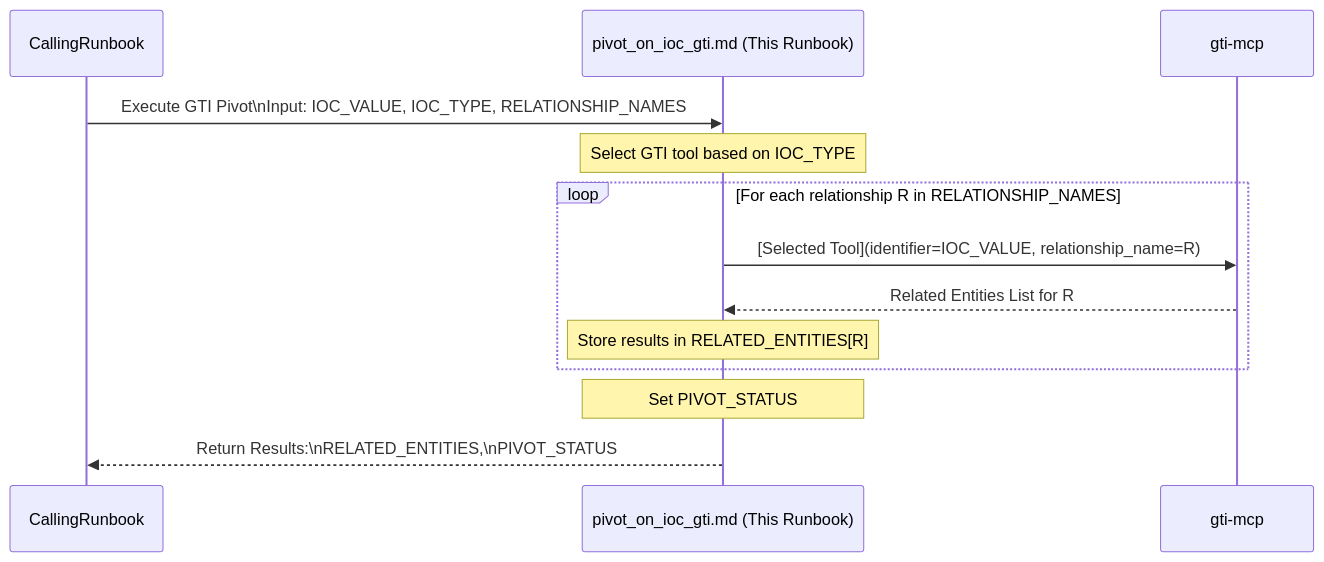
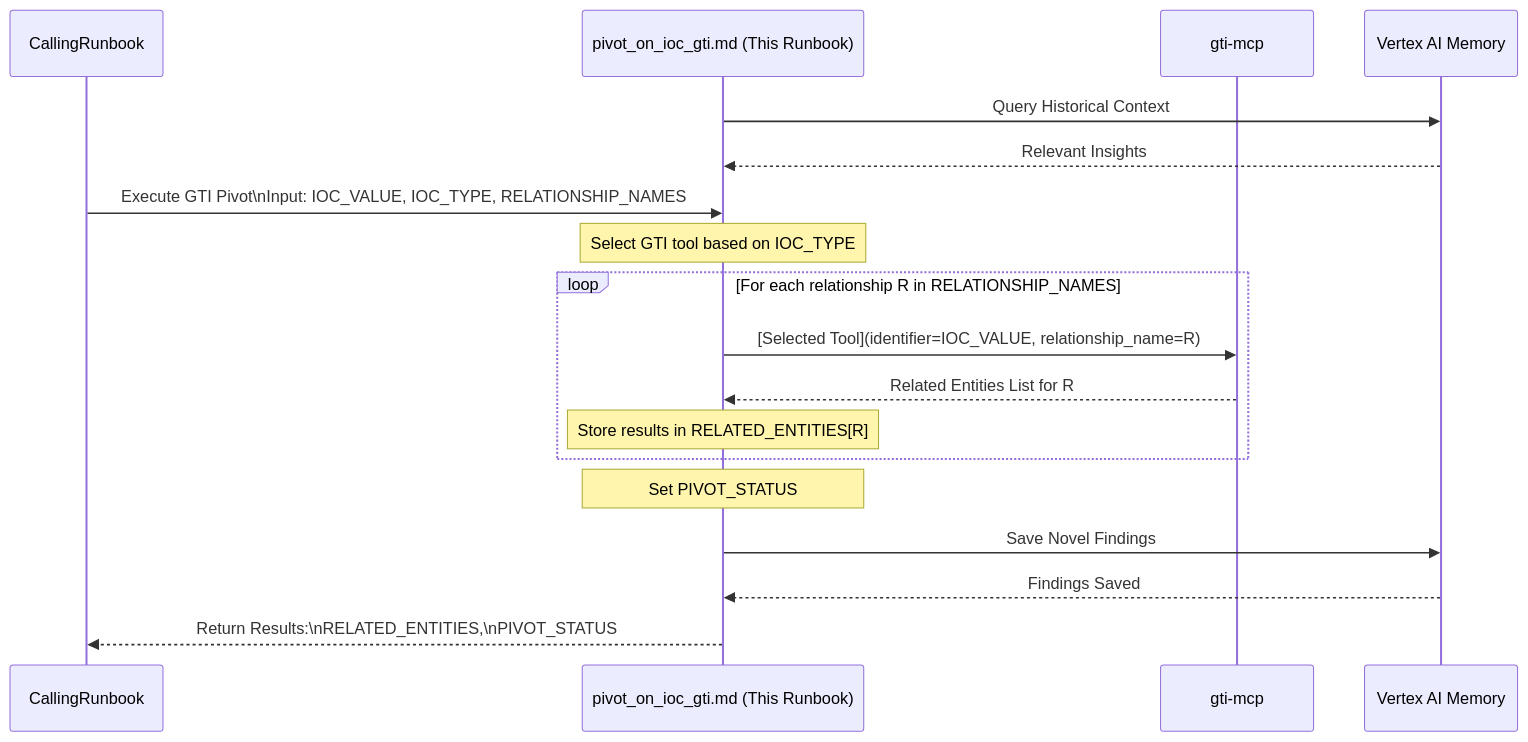
Before and after one commit to dandye/adk_runbooks: the diagram in rules-bank/run_books/common_steps/pivot_on_ioc_gti.md, drawn with Mermaid. The commit also changed other lines of this file and 125 other files, not shown here.

````diff
--- a/rules-bank/run_books/common_steps/pivot_on_ioc_gti.md
+++ b/rules-bank/run_books/common_steps/pivot_on_ioc_gti.md
@@ -35,23 +37,32 @@
 ```{mermaid}
 sequenceDiagram
     participant CallingRunbook
     participant PivotOnIOC as pivot_on_ioc_gti.md (This Runbook)
     participant GTI as gti-mcp
+    participant Memory as Vertex AI Memory
 
+
+    %% Step: Query Memory Context
+    PivotOnIOC->>Memory: Query Historical Context
+    Memory-->>PivotOnIOC: Relevant Insights
     CallingRunbook->>PivotOnIOC: Execute GTI Pivot\nInput: IOC_VALUE, IOC_TYPE, RELATIONSHIP_NAMES
 
     %% Step 2: Determine Tool
     Note over PivotOnIOC: Select GTI tool based on IOC_TYPE
 
     %% Step 3: Iterate Relationships
     loop For each relationship R in RELATIONSHIP_NAMES
         PivotOnIOC->>GTI: [Selected Tool](identifier=IOC_VALUE, relationship_name=R)
         GTI-->>PivotOnIOC: Related Entities List for R
         Note over PivotOnIOC: Store results in RELATED_ENTITIES[R]
     end
 
     %% Step 4: Return Results
     Note over PivotOnIOC: Set PIVOT_STATUS
+
+    %% Step: Save Findings to Memory
+    PivotOnIOC->>Memory: Save Novel Findings
+    Memory-->>PivotOnIOC: Findings Saved
     PivotOnIOC-->>CallingRunbook: Return Results:\nRELATED_ENTITIES,\nPIVOT_STATUS
 
 ```
````
